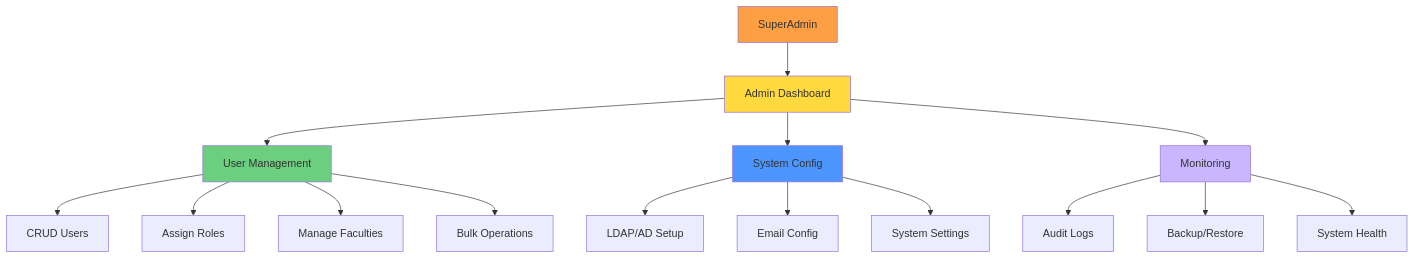
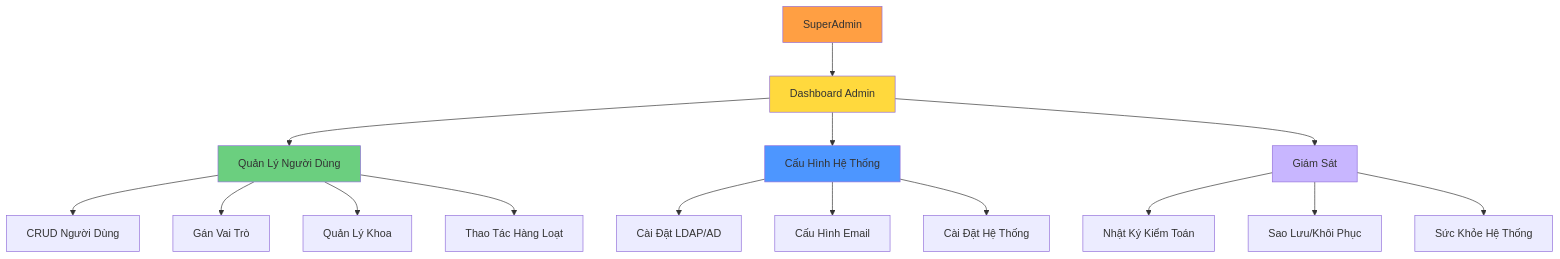
Before and after one commit to Ng0cTh4nhk5/ufpms-docs: the diagram in docs/05_Use_Cases/High_Level/uc_hl_06_admin_management.md, drawn with Mermaid. The commit also changed other lines of this file and 70 other files, not shown here.

````diff
--- a/docs/05_Use_Cases/High_Level/uc_hl_06_admin_management.md
+++ b/docs/05_Use_Cases/High_Level/uc_hl_06_admin_management.md
@@ -54,27 +54,27 @@
 ```mermaid
 graph TB
-    A[SuperAdmin] --> B[Admin Dashboard]
+    A[SuperAdmin] --> B[Dashboard Admin]
     
-    B --> C[User Management]
-    B --> D[System Config]
-    B --> E[Monitoring]
+    B --> C[Quản Lý Người Dùng]
+    B --> D[Cấu Hình Hệ Thống]
+    B --> E[Giám Sát]
     
-    C --> C1[CRUD Users]
-    C --> C2[Assign Roles]
-    C --> C3[Manage Faculties]
-    C --> C4[Bulk Operations]
+    C --> C1[CRUD Người Dùng]
+    C --> C2[Gán Vai Trò]
+    C --> C3[Quản Lý Khoa]
+    C --> C4[Thao Tác Hàng Loạt]
     
-    D --> D1[LDAP/AD Setup]
-    D --> D2[Email Config]
-    D --> D3[System Settings]
+    D --> D1[Cài Đặt LDAP/AD]
+    D --> D2[Cấu Hình Email]
+    D --> D3[Cài Đặt Hệ Thống]
     
-    E --> E1[Audit Logs]
-    E --> E2[Backup/Restore]
-    E --> E3[System Health]
+    E --> E1[Nhật Ký Kiểm Toán]
+    E --> E2[Sao Lưu/Khôi Phục]
+    E --> E3[Sức Khỏe Hệ Thống]
     
     style A fill:#ff9f43
     style B fill:#ffd93d
     style C fill:#6bcf7f
     style D fill:#4d96ff
     style E fill:#c8b6ff
 ```
````
